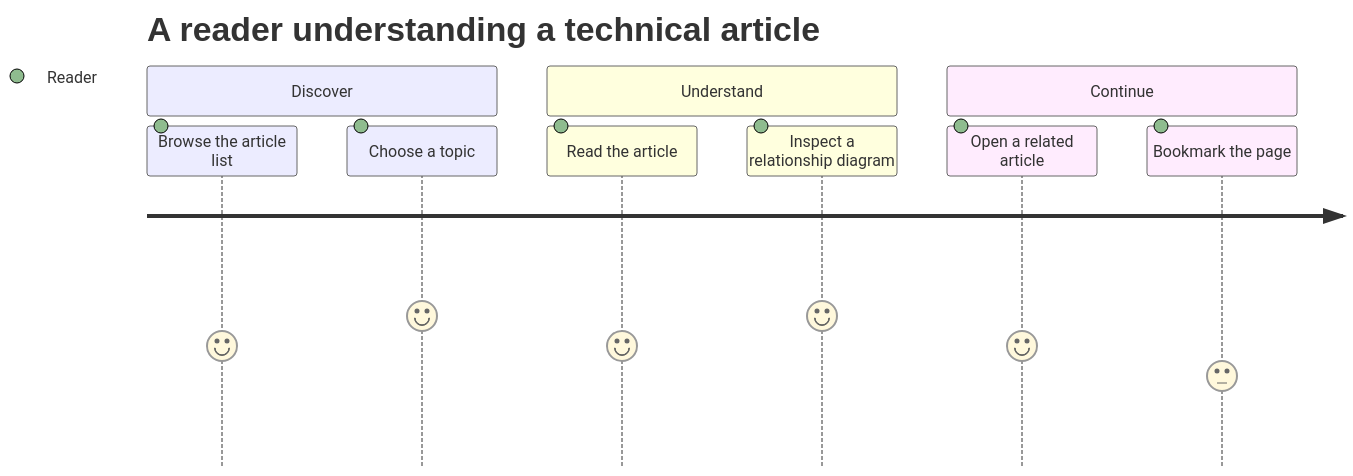
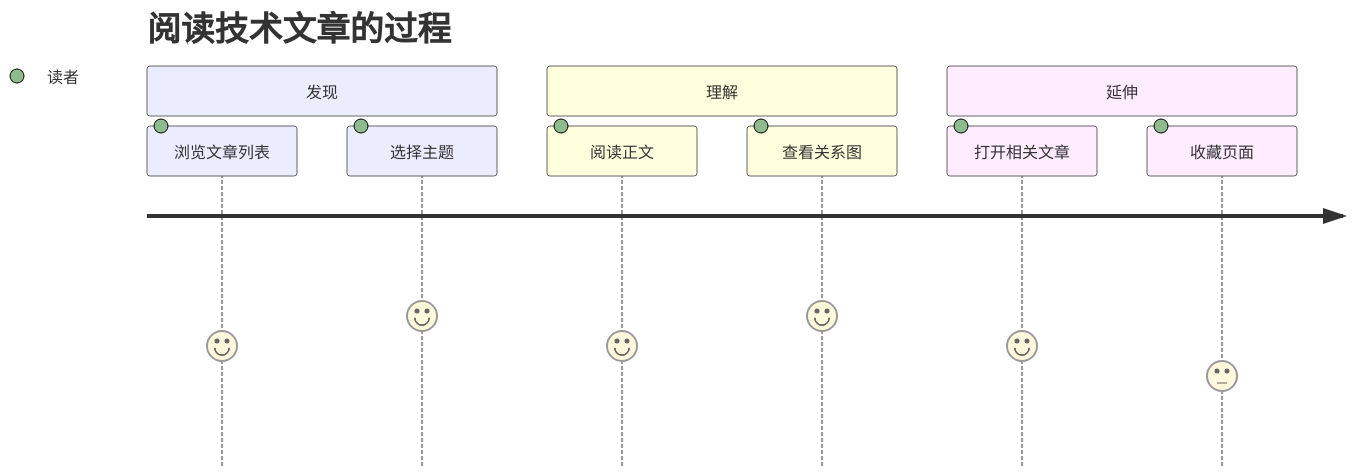
One commit to ynx-official/Shirone changed diagram 11 of 14 in nuxt4/content/posts/markdown-mermaid.md. Above: the diagram before and after it, drawn with Mermaid. The commit also changed other lines of this file and 99 other files, not shown here.

````diff
--- a/nuxt4/content/posts/markdown-mermaid.md
+++ b/nuxt4/content/posts/markdown-mermaid.md
@@ -227,15 +212,15 @@
 ```mermaid
 journey
-    accTitle: A reader understanding a technical article
-    accDescr: The reader discovers an article, combines prose with diagrams to understand it, and then explores related topics.
-    title A reader understanding a technical article
-    section Discover
-      Browse the article list: 4: Reader
-      Choose a topic: 5: Reader
-    section Understand
-      Read the article: 4: Reader
-      Inspect a relationship diagram: 5: Reader
-    section Continue
-      Open a related article: 4: Reader
-      Bookmark the page: 3: Reader
+    accTitle: 用户旅程示例
+    accDescr: 使用用户旅程说明博客中的信息关系与工作过程。
+    title 阅读技术文章的过程
+    section 发现
+      浏览文章列表: 4: 读者
+      选择主题: 5: 读者
+    section 理解
+      阅读正文: 4: 读者
+      查看关系图: 5: 读者
+    section 延伸
+      打开相关文章: 4: 读者
+      收藏页面: 3: 读者
 ```
````
